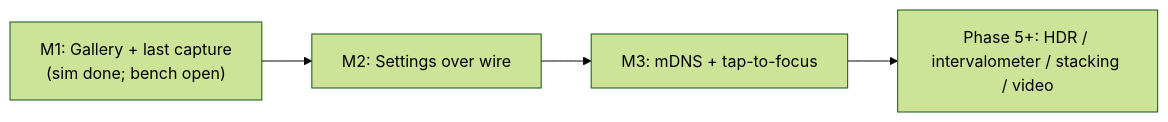
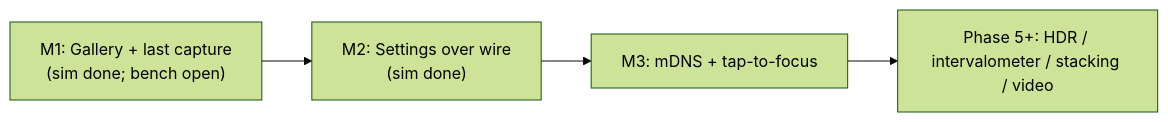
One commit to cjlawson02/5dcontrol changed the second of 4 diagrams in docs/ROADMAP.md. Above: the diagram before and after it, drawn with Mermaid (forest theme). The commit also changed other lines of this file and 22 other files, not shown here.

````diff
--- a/docs/ROADMAP.md
+++ b/docs/ROADMAP.md
@@ -118,6 +124,6 @@
 ```mermaid
 flowchart LR
-  M1["M1: Gallery + last capture<br/>(sim done; bench open)"] --> M2["M2: Settings over wire"]
+  M1["M1: Gallery + last capture<br/>(sim done; bench open)"] --> M2["M2: Settings over wire<br/>(sim done)"]
   M2 --> M3["M3: mDNS + tap-to-focus"]
   M3 --> Later["Phase 5+: HDR / intervalometer / stacking / video"]
 ```
````
